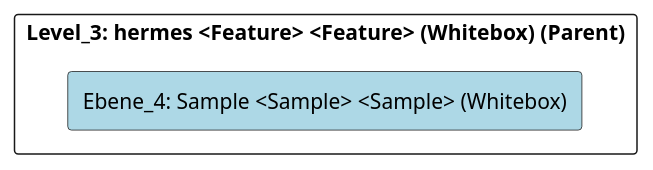
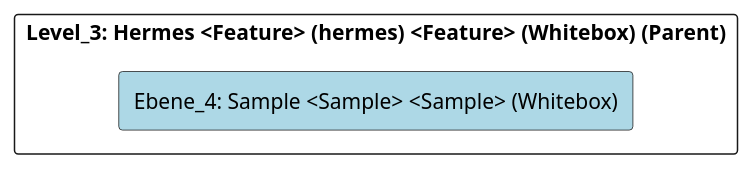
The diagram in doc/cleonproject_deliverables_architecture_model_architecture/adoc/de/05_bausteinsicht/cleon/operational_methods/hermes/sample/ebene_4_sample.adoc (marcozwyssig/cleon), drawn with PlantUML before and after one commit. The commit also changed other lines of this file and 166 other files, not shown here.

```diff
--- a/doc/cleonproject_deliverables_architecture_model_architecture/adoc/de/05_bausteinsicht/cleon/operational_methods/hermes/sample/ebene_4_sample.adoc
+++ b/doc/cleonproject_deliverables_architecture_model_architecture/adoc/de/05_bausteinsicht/cleon/operational_methods/hermes/sample/ebene_4_sample.adoc
@@ -20,24 +20,24 @@
 [plantuml, Ebene_4: Sample <Sample> <Sample> (Whitebox)BlockOverview, format="svg"]
 ----
 @startuml Ebene_4: Sample <Sample> <Sample> (Whitebox)BuildingBlockOverview
 
 skinparam ranksep 10
 skinparam componentStyle rectangle
 skinparam shadowing false
 skinparam arrowColor lightblue
 skinparam arrowThickness 1.2
 skinparam rectangle {
   BackgroundColor White
   BorderColor #333
   RoundCorner 10
 }
 top to bottom direction
 
-component "Level_3: hermes <Feature> <Feature> (Whitebox) (Parent)" {
+component "Level_3: Hermes <Feature> (hermes) <Feature> (Whitebox) (Parent)" {
     component "Ebene_4: Sample <Sample> <Sample> (Whitebox)" #lightblue {
     }
 
 }
 
 @enduml
 ----
```
